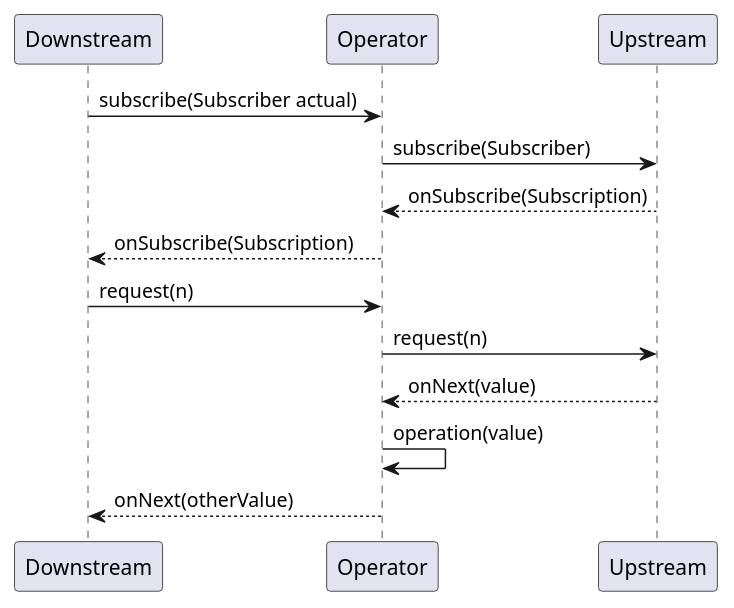
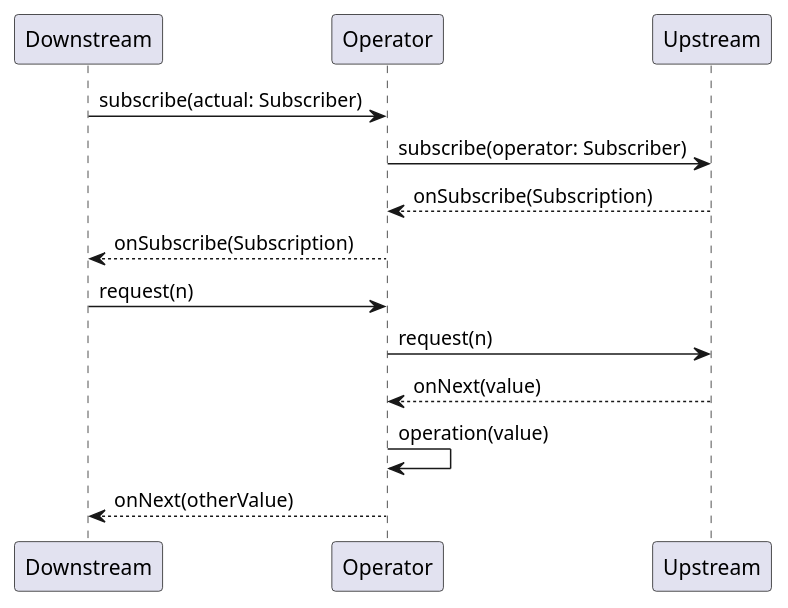
Before and after one commit to yanghoon/obsidian-workspace: the second of 2 diagrams in _diary/2024-06-18.md, drawn with PlantUML.

Commit message:
vault backup: 2024-06-19 00:50:41

````diff
--- a/_diary/2024-06-18.md
+++ b/_diary/2024-06-18.md
@@ -41,20 +41,20 @@
 ```plantuml
 @startuml
 
 participant Downstream as Down
 participant Operator as Ops
 participant Upstream as Up
 
-Down -> Ops: subscribe(Subscriber actual)
-Ops -> Up: subscribe(Subscriber)
+Down -> Ops: subscribe(actual: Subscriber)
+Ops -> Up: subscribe(operator: Subscriber)
 Ops <-- Up: onSubscribe(Subscription)
 Down <-- Ops: onSubscribe(Subscription)
 
 Down -> Ops: request(n)
 Ops -> Up: request(n)
 Ops <-- Up: onNext(value)
 Ops -> Ops: operation(value)
 Down <-- Ops: onNext(otherValue)
 
 @enduml
 ```
````
